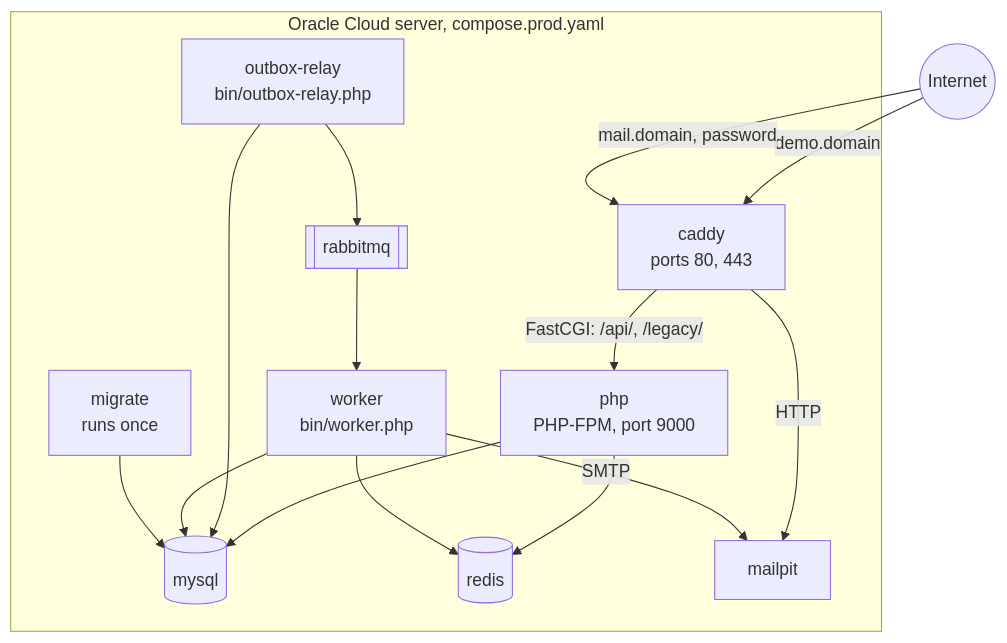
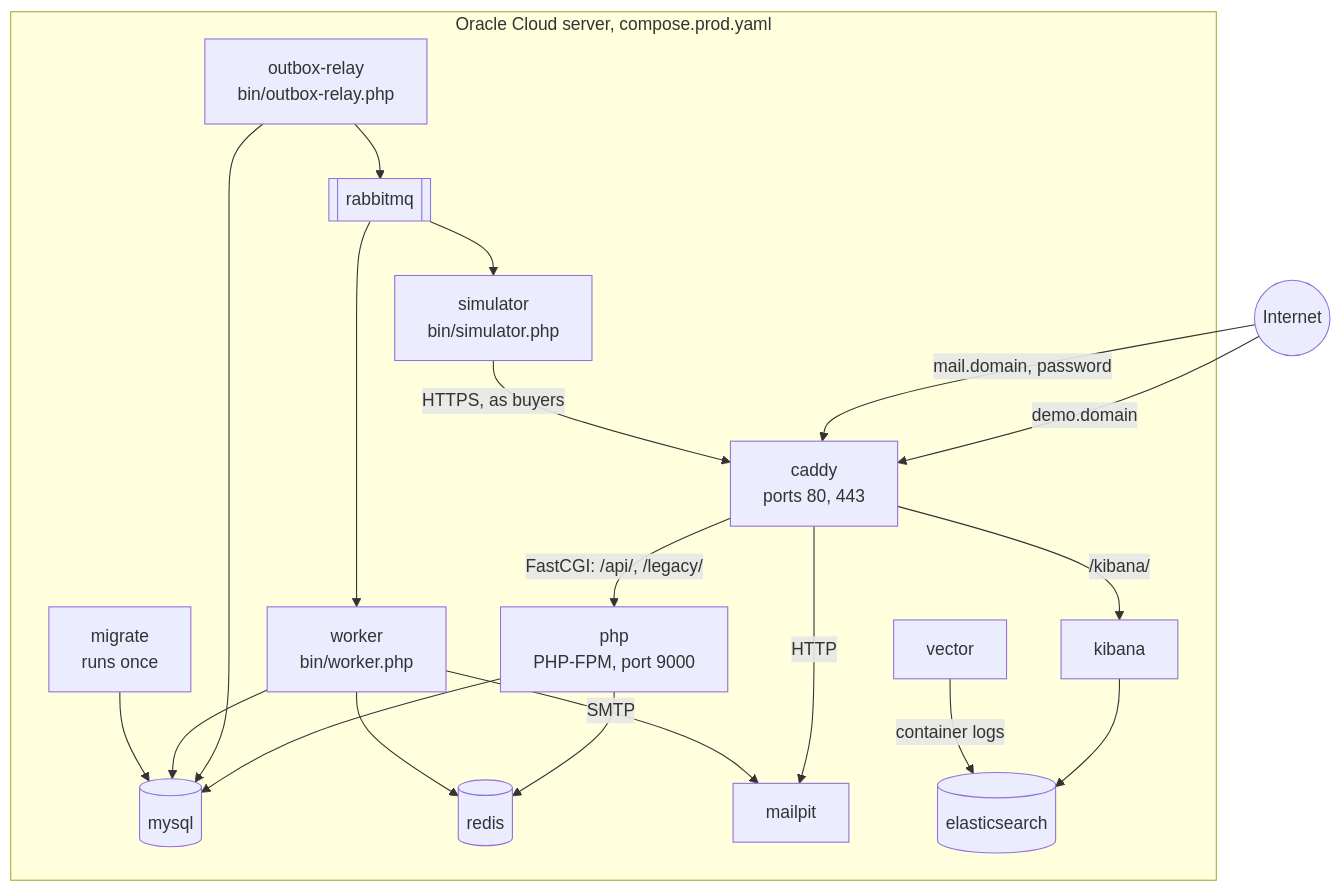
Before and after one commit to skm1995/merchant-panel: the diagram in docs/architecture/system.md, drawn with Mermaid. The commit also changed other lines of this file and 82 other files, not shown here.

````diff
--- a/docs/architecture/system.md
+++ b/docs/architecture/system.md
@@ -10,30 +10,39 @@
 ```mermaid
 flowchart TB
     internet((Internet))
 
     subgraph server[Oracle Cloud server, compose.prod.yaml]
         caddy[caddy<br/>ports 80, 443]
         php[php<br/>PHP-FPM, port 9000]
         worker[worker<br/>bin/worker.php]
         relay[outbox-relay<br/>bin/outbox-relay.php]
         mysql[(mysql)]
         redis[(redis)]
         rabbit[[rabbitmq]]
         mailpit[mailpit]
+        simulator[simulator<br/>bin/simulator.php]
+        elastic[(elasticsearch)]
+        kibana[kibana]
+        vector[vector]
         migrate[migrate<br/>runs once]
     end
 
     internet -->|demo.domain| caddy
     internet -->|mail.domain, password| caddy
     caddy -->|FastCGI: /api/, /legacy/| php
     caddy -->|HTTP| mailpit
+    caddy -->|/kibana/| kibana
+    rabbit --> simulator
+    simulator -->|HTTPS, as buyers| caddy
+    kibana --> elastic
+    vector -->|container logs| elastic
     php --> mysql
     php --> redis
     relay --> mysql
     relay --> rabbit
     rabbit --> worker
     worker --> mysql
     worker --> redis
     worker -->|SMTP| mailpit
     migrate --> mysql
 ```
````
